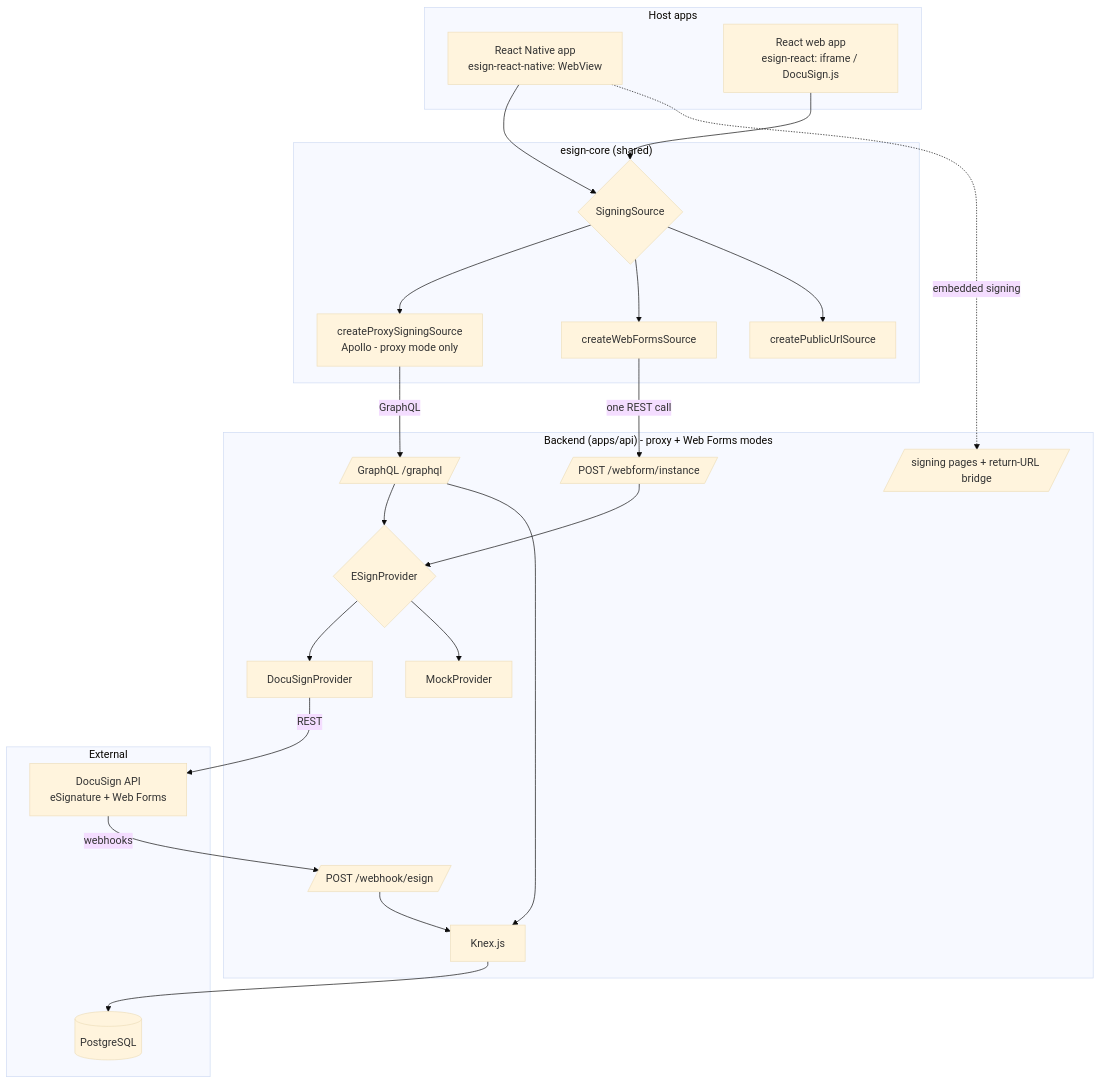
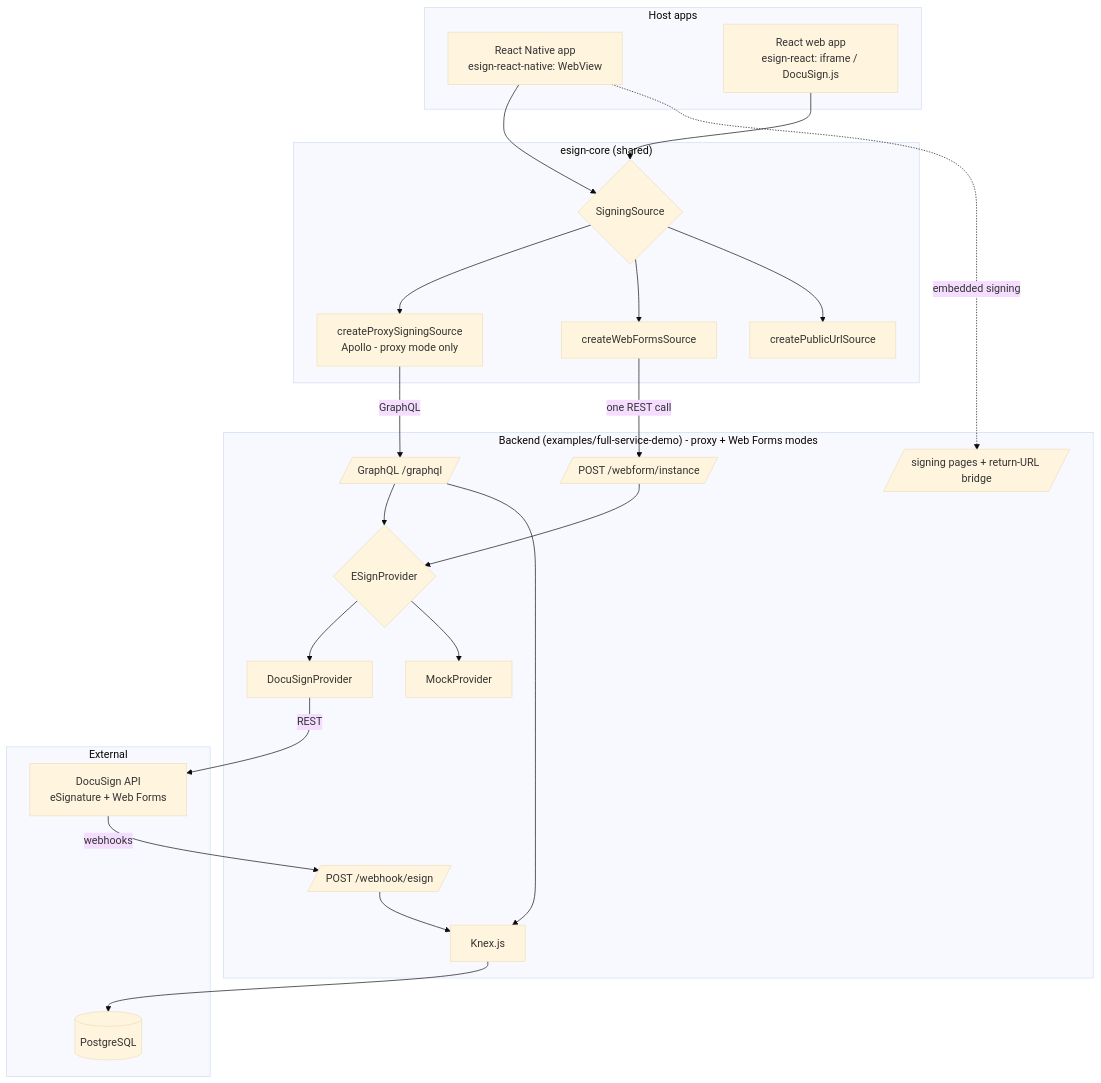
One commit to blinkbitcoin/esign changed the diagram in docs/diagrams/src/system-architecture.mmd. Above: the diagram before and after it, drawn with Mermaid (base theme). The commit also changed 124 other files, not shown here.

First line of the commit message:
refactor(demo): move the service to examples/full-service-demo

```diff
--- a/docs/diagrams/src/system-architecture.mmd
+++ b/docs/diagrams/src/system-architecture.mmd
@@ -1,43 +1,43 @@
 flowchart TB
     subgraph Hosts["Host apps"]
         RN[React Native app<br/>esign-react-native: WebView]
         WEB[React web app<br/>esign-react: iframe / DocuSign.js]
     end
 
     subgraph Core["esign-core (shared)"]
         SRC{SigningSource}
         PROXY[createProxySigningSource<br/>Apollo - proxy mode only]
         WF[createWebFormsSource]
         PUB[createPublicUrlSource]
     end
 
-    subgraph Backend["Backend (apps/api) - proxy + Web Forms modes"]
+    subgraph Backend["Backend (examples/full-service-demo) - proxy + Web Forms modes"]
         GQL[/"GraphQL /graphql"/]
         WFI[/"POST /webform/instance"/]
         WH[/"POST /webhook/esign"/]
         SP[/"signing pages + return-URL bridge"/]
         PROV{ESignProvider}
         DS[DocuSignProvider]
         MOCK[MockProvider]
         KNEX[Knex.js]
     end
 
     subgraph External["External"]
         DOCU[DocuSign API<br/>eSignature + Web Forms]
         DB[(PostgreSQL)]
     end
 
     RN --> SRC
     WEB --> SRC
     SRC --> PROXY & WF & PUB
     PROXY -->|GraphQL| GQL
     WF -->|one REST call| WFI
     GQL --> PROV
     WFI --> PROV
     PROV --> DS & MOCK
     DS -->|REST| DOCU
     DOCU -->|webhooks| WH
     GQL --> KNEX
     WH --> KNEX
     KNEX --> DB
     RN -.->|embedded signing| SP
```
